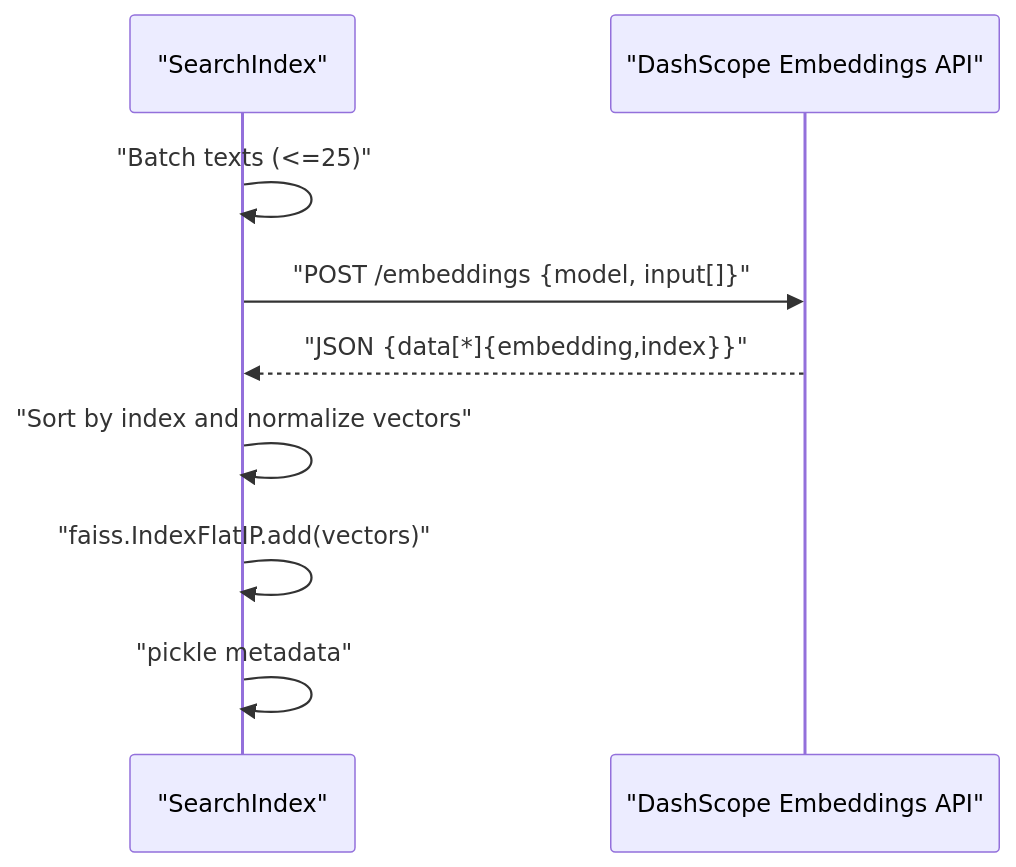
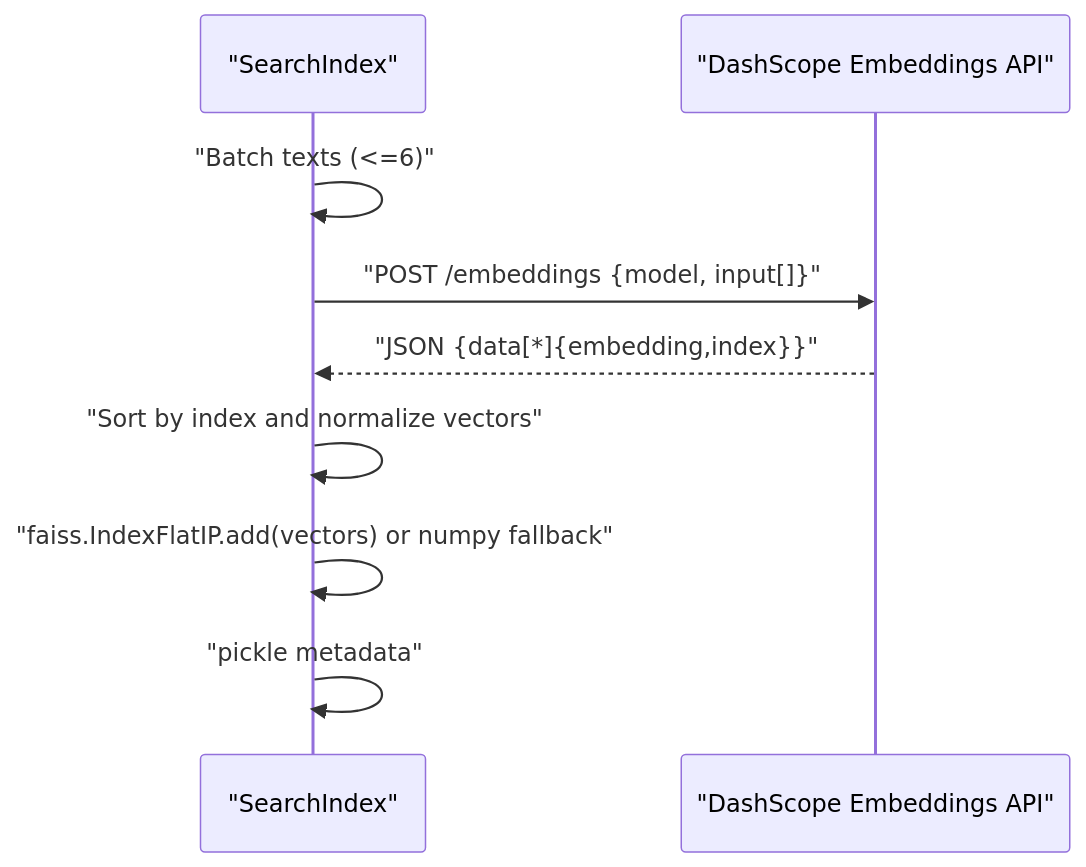
The fifth of 9 diagrams in .qoder/repowiki/en/content/Media Processing Pipeline/Search Index Stage.md (alexandreybasta-cyber/dubai-media-ai), drawn with Mermaid before and after one commit. The commit also changed other lines of this file and 48 other files, not shown here.

````diff
--- a/.qoder/repowiki/en/content/Media Processing Pipeline/Search Index Stage.md
+++ b/.qoder/repowiki/en/content/Media Processing Pipeline/Search Index Stage.md
@@ -227,11 +275,11 @@
 ```mermaid
 sequenceDiagram
 participant SI as "SearchIndex"
 participant DS as "DashScope Embeddings API"
-SI->>SI : "Batch texts (<=25)"
+SI->>SI : "Batch texts (<=6)"
 SI->>DS : "POST /embeddings {model, input[]}"
 DS-->>SI : "JSON {data[*]{embedding,index}}"
 SI->>SI : "Sort by index and normalize vectors"
-SI->>SI : "faiss.IndexFlatIP.add(vectors)"
+SI->>SI : "faiss.IndexFlatIP.add(vectors) or numpy fallback"
 SI->>SI : "pickle metadata"
 ```
````
